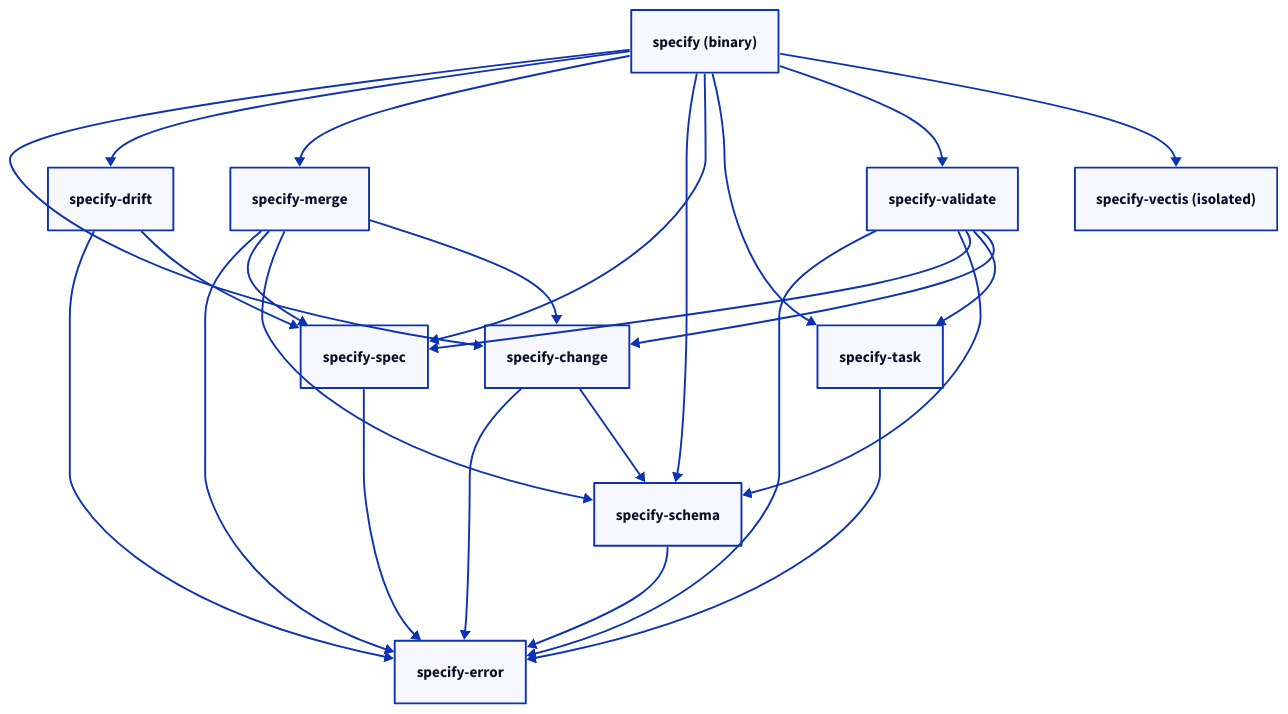
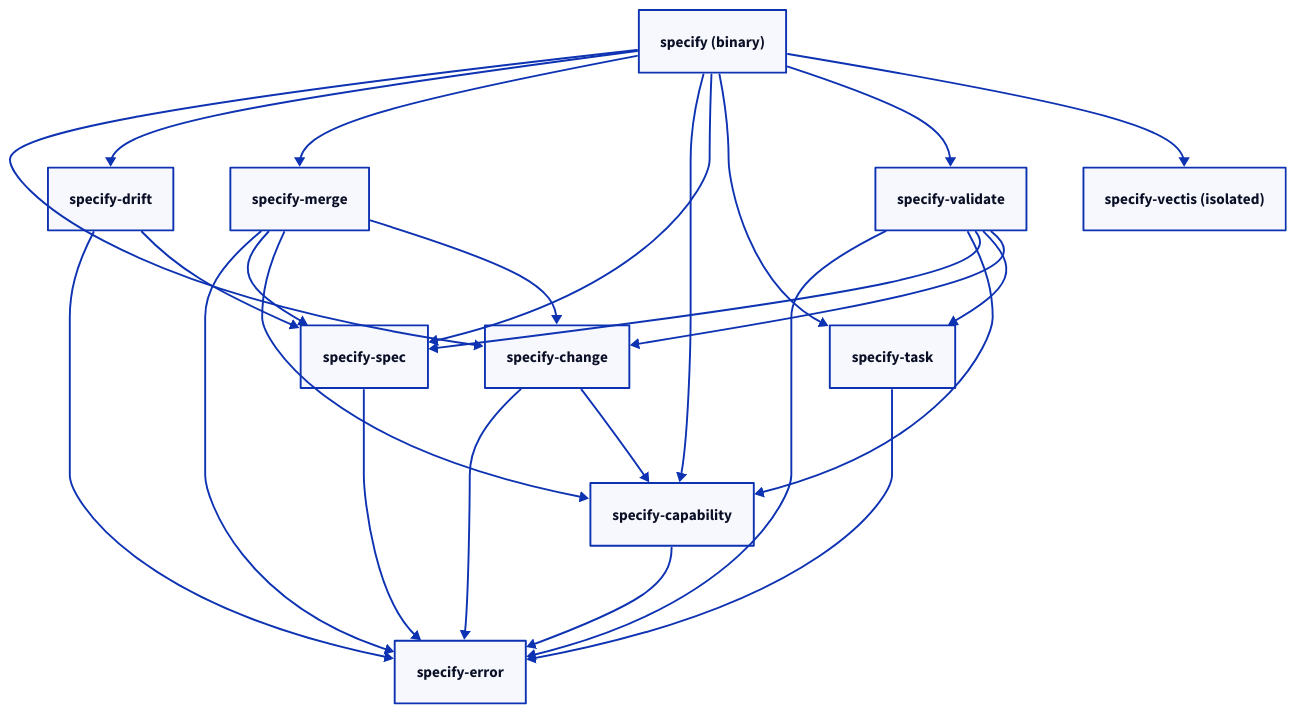
The diagram in docs/contributing/cli-architecture.md (augentic/anvil), drawn with D2 before and after one commit. The commit also changed other lines of this file and 81 other files, not shown here.

````diff
--- a/docs/contributing/cli-architecture.md
+++ b/docs/contributing/cli-architecture.md
@@ -24,42 +24,42 @@
 ```d2
 direction: down
 
 specify: "specify (binary)" {
   shape: rectangle
 }
 change: specify-change
 drift: specify-drift
 error: specify-error
 merge: specify-merge
-schema: specify-schema
+capability: specify-capability
 spec: specify-spec
 task: specify-task
 validate: specify-validate
 vectis: "specify-vectis (isolated)"
 
 specify -> change
 specify -> drift
 specify -> merge
-specify -> schema
+specify -> capability
 specify -> spec
 specify -> task
 specify -> validate
 specify -> vectis
 
 change -> error
-change -> schema
+change -> capability
 drift -> error
 drift -> spec
 merge -> error
 merge -> spec
-merge -> schema
+merge -> capability
 merge -> change
 validate -> error
-validate -> schema
+validate -> capability
 validate -> spec
 validate -> task
 validate -> change
 spec -> error
 task -> error
-schema -> error
+capability -> error
 ```
````
